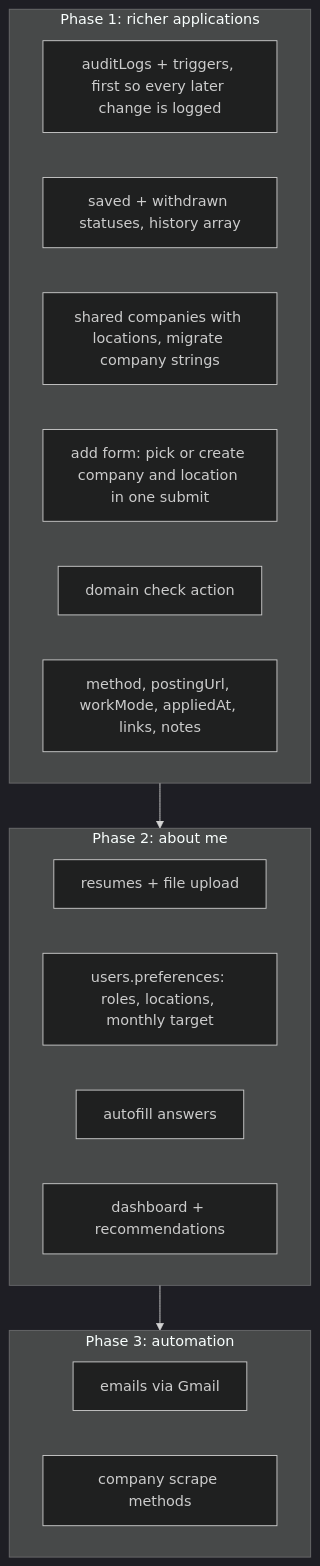
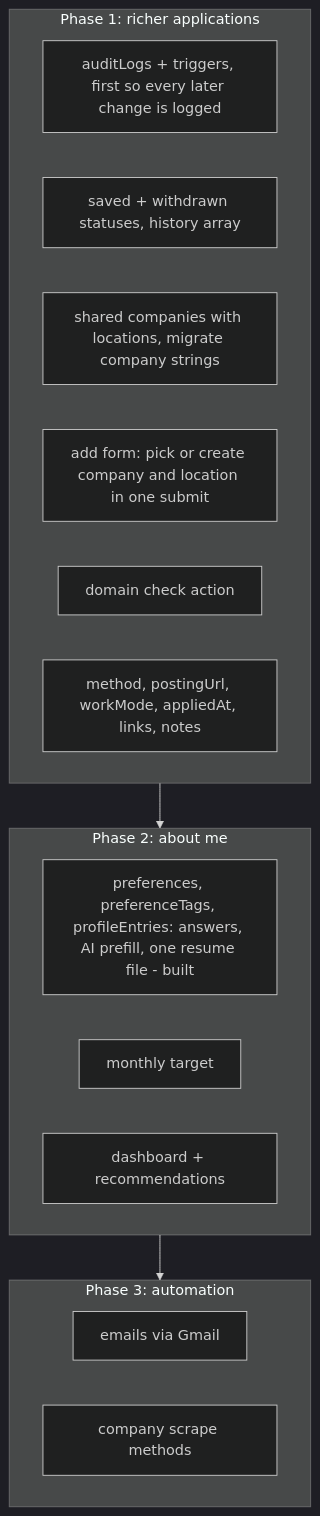
The seventh of 7 diagrams in docs/database-design.md (saranatour1/job-tracking-helper), drawn with Mermaid (dark theme) before and after one commit. The commit also changed other lines of this file and 39 other files, not shown here.

First line of the commit message:
feat(preferences): ask new users what they want, in their own words (#26)

````diff
--- a/docs/database-design.md
+++ b/docs/database-design.md
@@ -314,22 +338,21 @@
 ```mermaid
 flowchart TD
     subgraph P1[Phase 1: richer applications]
         S0[auditLogs + triggers, first so every later change is logged]
         S1[saved + withdrawn statuses, history array]
         S3[shared companies with locations, migrate company strings]
         S3b[add form: pick or create company and location in one submit]
         S3c[domain check action]
         S4[method, postingUrl, workMode, appliedAt, links, notes]
     end
     subgraph P2[Phase 2: about me]
-        S5[resumes + file upload]
-        S6[users.preferences: roles, locations, monthly target]
-        S7[autofill answers]
+        S5[preferences, preferenceTags, profileEntries: answers, AI prefill, one resume file - built]
+        S6[monthly target]
         S8[dashboard + recommendations]
     end
     subgraph P3[Phase 3: automation]
         S9[emails via Gmail]
         S11[company scrape methods]
     end
     P1 --> P2 --> P3
 ```
````
